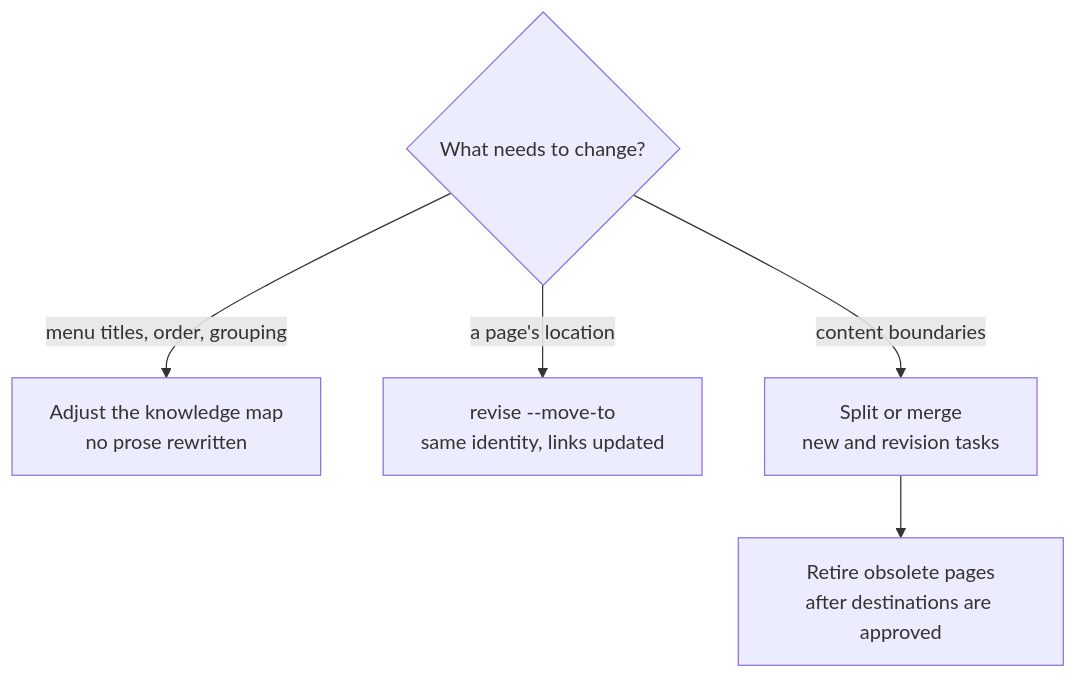
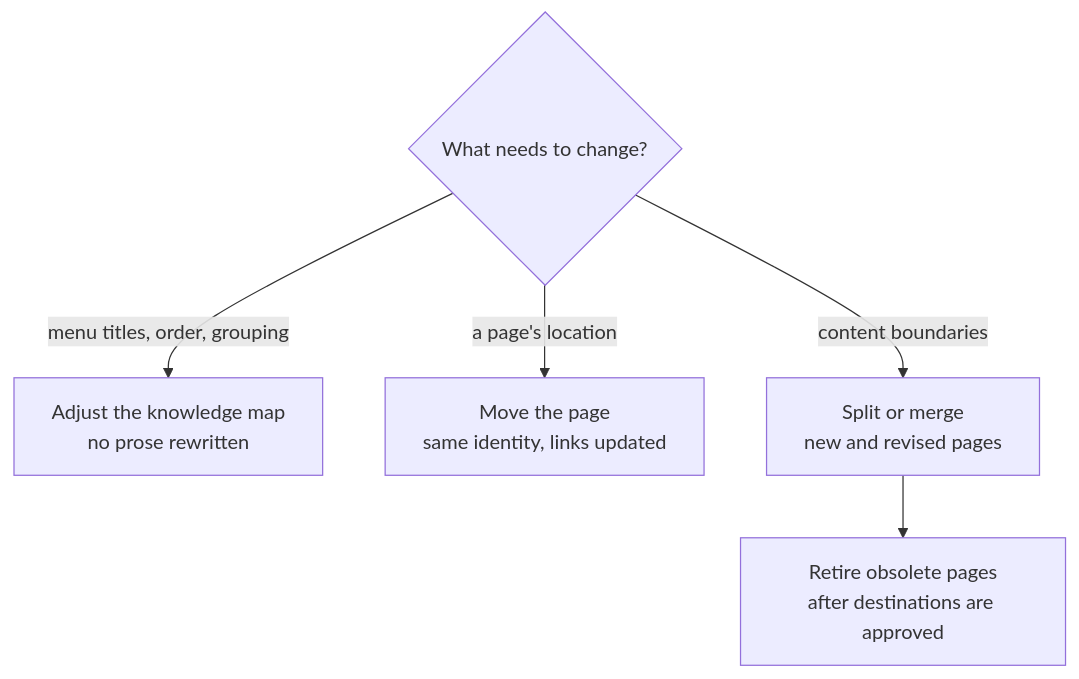
The diagram in knowledge/sop/review-and-revision/reorganizing-at-scale.md (context4ai/portal), drawn with Mermaid before and after one commit. The commit also changed other lines of this file and 129 other files, not shown here.

````diff
--- a/knowledge/sop/review-and-revision/reorganizing-at-scale.md
+++ b/knowledge/sop/review-and-revision/reorganizing-at-scale.md
@@ -23,7 +23,7 @@
 ```mermaid
 flowchart TB
   q{"What needs to change?"} -->|menu titles, order, grouping| map["Adjust the knowledge map<br/>no prose rewritten"]
-  q -->|a page's location| move["revise --move-to<br/>same identity, links updated"]
-  q -->|content boundaries| split["Split or merge<br/>new and revision tasks"]
+  q -->|a page's location| move["Move the page<br/>same identity, links updated"]
+  q -->|content boundaries| split["Split or merge<br/>new and revised pages"]
   split --> retire["Retire obsolete pages<br/>after destinations are approved"]
 ```
````
